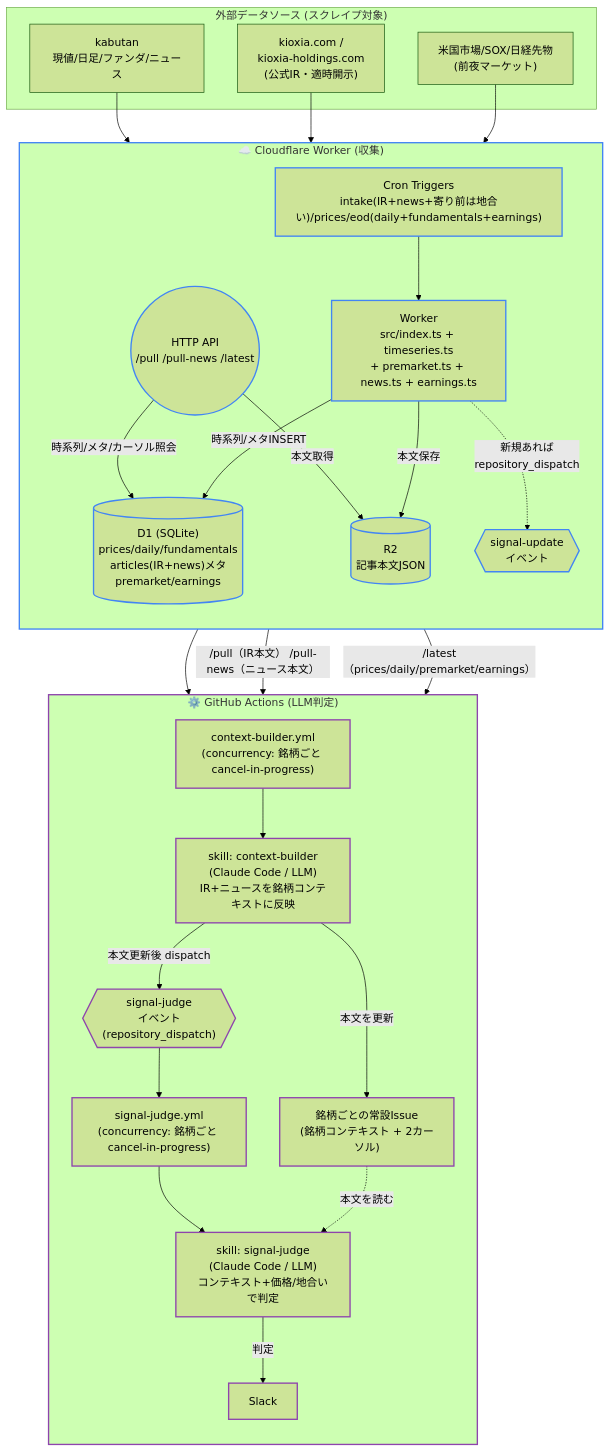
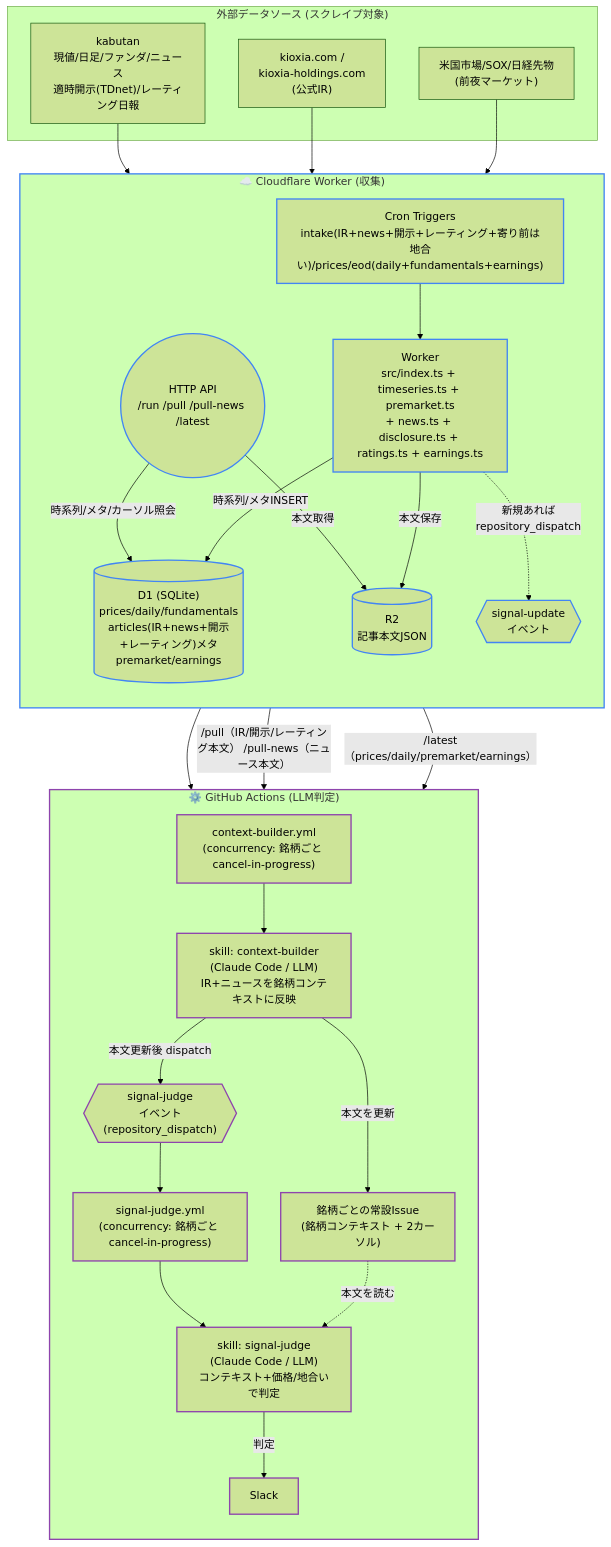
One commit to omni-stove/stock-signals changed the first of 2 diagrams in README.md. Above: the diagram before and after it, drawn with Mermaid (forest theme). The commit also changed other lines of this file and 10 other files, not shown here.

````diff
--- a/README.md
+++ b/README.md
@@ -32,55 +33,55 @@
 ```mermaid
 flowchart TB
     subgraph EXT["外部データソース (スクレイプ対象)"]
-        KABUTAN["kabutan<br/>現値/日足/ファンダ/ニュース"]
-        KIOXIA["kioxia.com /<br/>kioxia-holdings.com<br/>(公式IR・適時開示)"]
+        KABUTAN["kabutan<br/>現値/日足/ファンダ/ニュース<br/>適時開示(TDnet)/レーティング日報"]
+        KIOXIA["kioxia.com /<br/>kioxia-holdings.com<br/>(公式IR)"]
         MARKET["米国市場/SOX/日経先物<br/>(前夜マーケット)"]
     end
 
     subgraph CLOUD["☁️ Cloudflare Worker (収集)"]
         direction TB
-        CRON_CF["Cron Triggers<br/>intake(IR+news+寄り前は地合い)/prices/eod(daily+fundamentals+earnings)"]
-        WORKER["Worker<br/>src/index.ts + timeseries.ts<br/>+ premarket.ts + news.ts + earnings.ts"]
-        D1[("D1 (SQLite)<br/>prices/daily/fundamentals<br/>articles(IR+news)メタ<br/>premarket/earnings")]
+        CRON_CF["Cron Triggers<br/>intake(IR+news+開示+レーティング+寄り前は地合い)/prices/eod(daily+fundamentals+earnings)"]
+        WORKER["Worker<br/>src/index.ts + timeseries.ts + premarket.ts<br/>+ news.ts + disclosure.ts + ratings.ts + earnings.ts"]
+        D1[("D1 (SQLite)<br/>prices/daily/fundamentals<br/>articles(IR+news+開示+レーティング)メタ<br/>premarket/earnings")]
         R2[("R2<br/>記事本文JSON")]
-        API((HTTP API<br/>/pull /pull-news /latest))
+        API((HTTP API<br/>/run /pull /pull-news /latest))
         CRON_CF --> WORKER
         WORKER -->|時系列/メタINSERT| D1
         WORKER -->|本文保存| R2
         API -->|時系列/メタ/カーソル照会| D1
         API -->|本文取得| R2
         WORKER -.->|新規あれば<br/>repository_dispatch| DISPATCH{{"signal-update<br/>イベント"}}
     end
 
     subgraph GHA["⚙️ GitHub Actions (LLM判定)"]
         direction TB
         CTXWF["context-builder.yml<br/>(concurrency: 銘柄ごと cancel-in-progress)"]
         CTXSKILL["skill: context-builder<br/>(Claude Code / LLM)<br/>IR+ニュースを銘柄コンテキストに反映"]
         JUDGEDISP{{"signal-judge<br/>イベント<br/>(repository_dispatch)"}}
         JUDGEWF["signal-judge.yml<br/>(concurrency: 銘柄ごと cancel-in-progress)"]
         JUDGESKILL["skill: signal-judge<br/>(Claude Code / LLM)<br/>コンテキスト+価格/地合いで判定"]
         ISSUE["銘柄ごとの常設Issue<br/>(銘柄コンテキスト + 2カーソル)"]
         SLACK["Slack"]
         CTXWF --> CTXSKILL -->|本文を更新| ISSUE
         CTXSKILL -->|本文更新後 dispatch| JUDGEDISP --> JUDGEWF --> JUDGESKILL
         ISSUE -.->|本文を読む| JUDGESKILL
         JUDGESKILL -->|判定| SLACK
     end
 
     %% 外部 → 収集
     KABUTAN --> WORKER
     KIOXIA --> WORKER
     MARKET --> WORKER
 
     %% Worker → Actions
     DISPATCH --> CTXWF
 
     %% Actions → Worker (材料引き)
-    API -->|/pull（IR本文） /pull-news（ニュース本文）| CTXSKILL
+    API -->|/pull（IR/開示/レーティング本文） /pull-news（ニュース本文）| CTXSKILL
     API -->|/latest（prices/daily/premarket/earnings）| JUDGESKILL
 
     classDef cloud stroke:#4285f4,stroke-width:2px
     classDef gha stroke:#8e44ad,stroke-width:2px
     class CLOUD,CRON_CF,WORKER,D1,R2,API,DISPATCH cloud
     class GHA,CTXWF,CTXSKILL,JUDGEDISP,JUDGEWF,JUDGESKILL,ISSUE,SLACK gha
 ```
````
